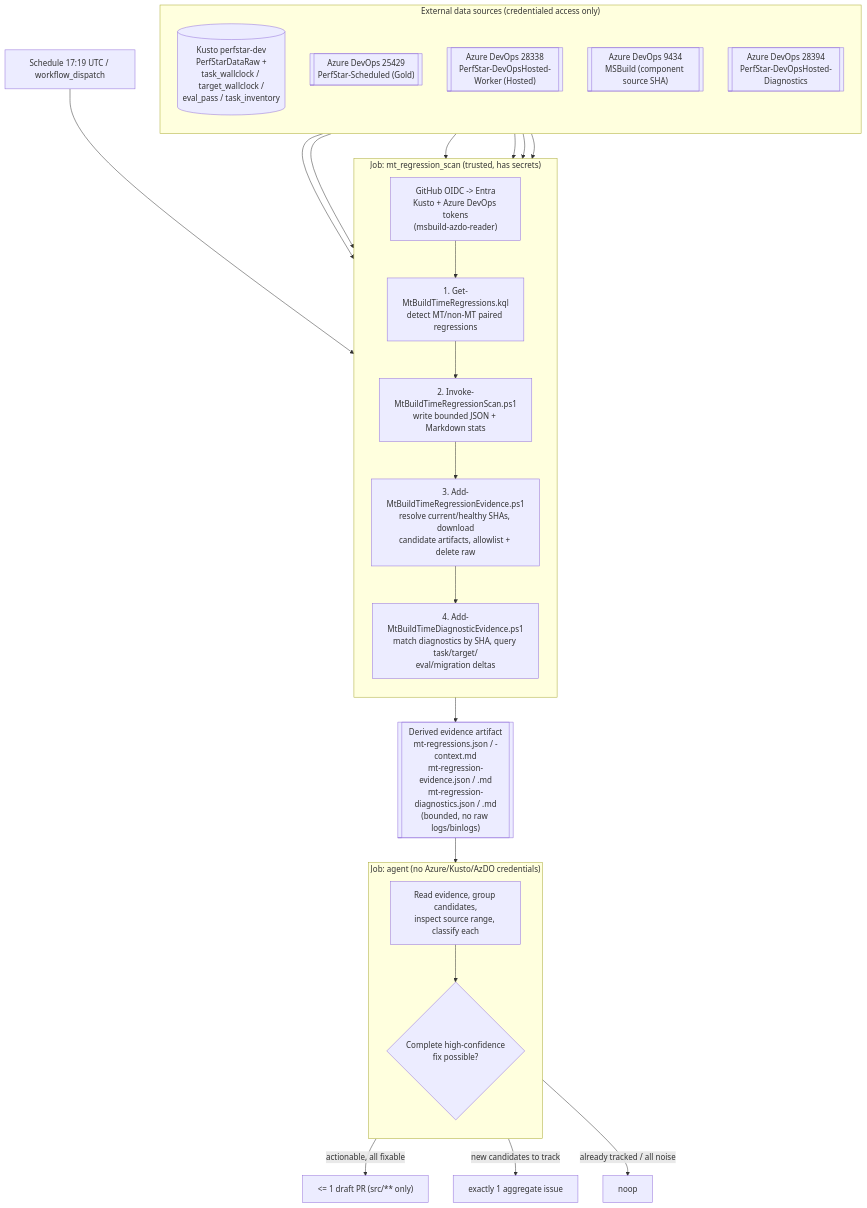
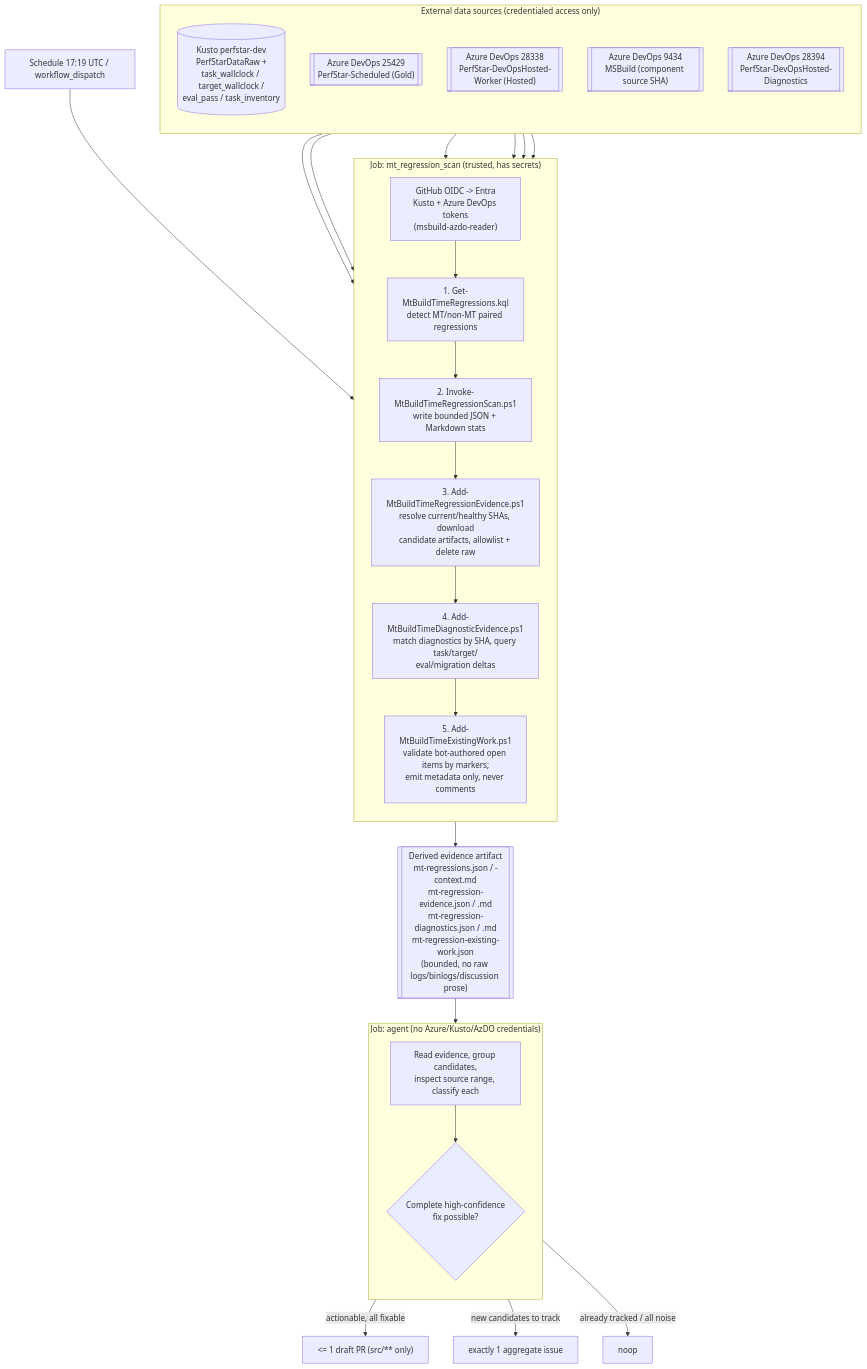
The diagram in .github/docs/mt-build-regression-agent.md (dotnet/msbuild), drawn with Mermaid before and after one commit. The commit also changed other lines of this file and 6 other files, not shown here.

````diff
--- a/.github/docs/mt-build-regression-agent.md
+++ b/.github/docs/mt-build-regression-agent.md
@@ -30,45 +30,46 @@
 ```mermaid
 flowchart TD
     trigger["Schedule 17:19 UTC / workflow_dispatch"] --> scan
 
     subgraph sources["External data sources (credentialed access only)"]
         direction TB
         kusto[("Kusto perfstar-dev<br/>PerfStarDataRaw +<br/>task_wallclock / target_wallclock /<br/>eval_pass / task_inventory")]
         azdoGold[["Azure DevOps 25429<br/>PerfStar-Scheduled (Gold)"]]
         azdoHosted[["Azure DevOps 28338<br/>PerfStar-DevOpsHosted-Worker (Hosted)"]]
         azdoMsbuild[["Azure DevOps 9434<br/>MSBuild (component source SHA)"]]
         azdoDiag[["Azure DevOps 28394<br/>PerfStar-DevOpsHosted-Diagnostics"]]
     end
 
     subgraph scan["Job: mt_regression_scan (trusted, has secrets)"]
         direction TB
         oidc["GitHub OIDC -> Entra<br/>Kusto + Azure DevOps tokens<br/>(msbuild-azdo-reader)"]
         step1["1. Get-MtBuildTimeRegressions.kql<br/>detect MT/non-MT paired regressions"]
         step2["2. Invoke-MtBuildTimeRegressionScan.ps1<br/>write bounded JSON + Markdown stats"]
         step3["3. Add-MtBuildTimeRegressionEvidence.ps1<br/>resolve current/healthy SHAs, download<br/>candidate artifacts, allowlist + delete raw"]
         step4["4. Add-MtBuildTimeDiagnosticEvidence.ps1<br/>match diagnostics by SHA, query task/target/<br/>eval/migration deltas"]
-        oidc --> step1 --> step2 --> step3 --> step4
+        step5["5. Add-MtBuildTimeExistingWork.ps1<br/>validate bot-authored open items by markers;<br/>emit metadata only, never comments"]
+        oidc --> step1 --> step2 --> step3 --> step4 --> step5
     end
 
     kusto --> step1
     azdoMsbuild --> step3
     azdoGold --> step3
     azdoHosted --> step3
     azdoDiag --> step4
     kusto --> step4
 
-    step4 --> artifact[["Derived evidence artifact<br/>mt-regressions.json / -context.md<br/>mt-regression-evidence.json / .md<br/>mt-regression-diagnostics.json / .md<br/>(bounded, no raw logs/binlogs)"]]
+    step5 --> artifact[["Derived evidence artifact<br/>mt-regressions.json / -context.md<br/>mt-regression-evidence.json / .md<br/>mt-regression-diagnostics.json / .md<br/>mt-regression-existing-work.json<br/>(bounded, no raw logs/binlogs/discussion prose)"]]
 
     artifact --> agent
 
     subgraph agent["Job: agent (no Azure/Kusto/AzDO credentials)"]
         direction TB
         investigate["Read evidence, group candidates,<br/>inspect source range, classify each"]
         decide{"Complete high-confidence<br/>fix possible?"}
         investigate --> decide
     end
 
     decide -->|actionable, all fixable| pr["&lt;= 1 draft PR (src/** only)"]
     decide -->|new candidates to track| issue["exactly 1 aggregate issue"]
     decide -->|already tracked / all noise| noop["noop"]
 ```
````
